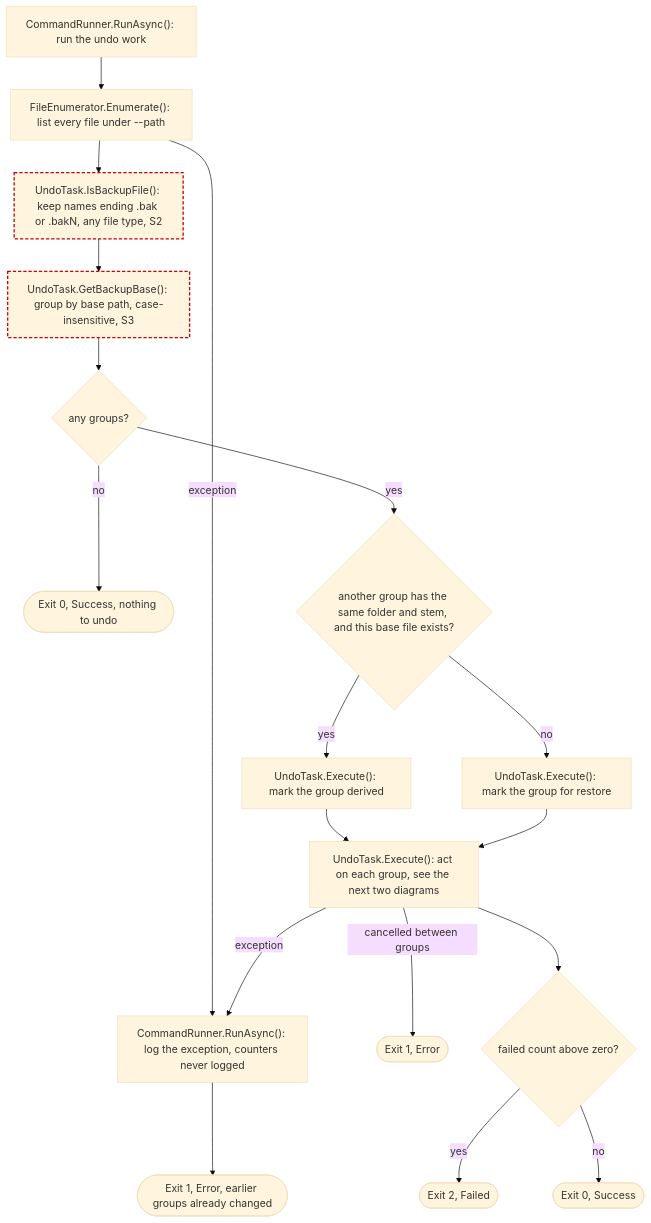
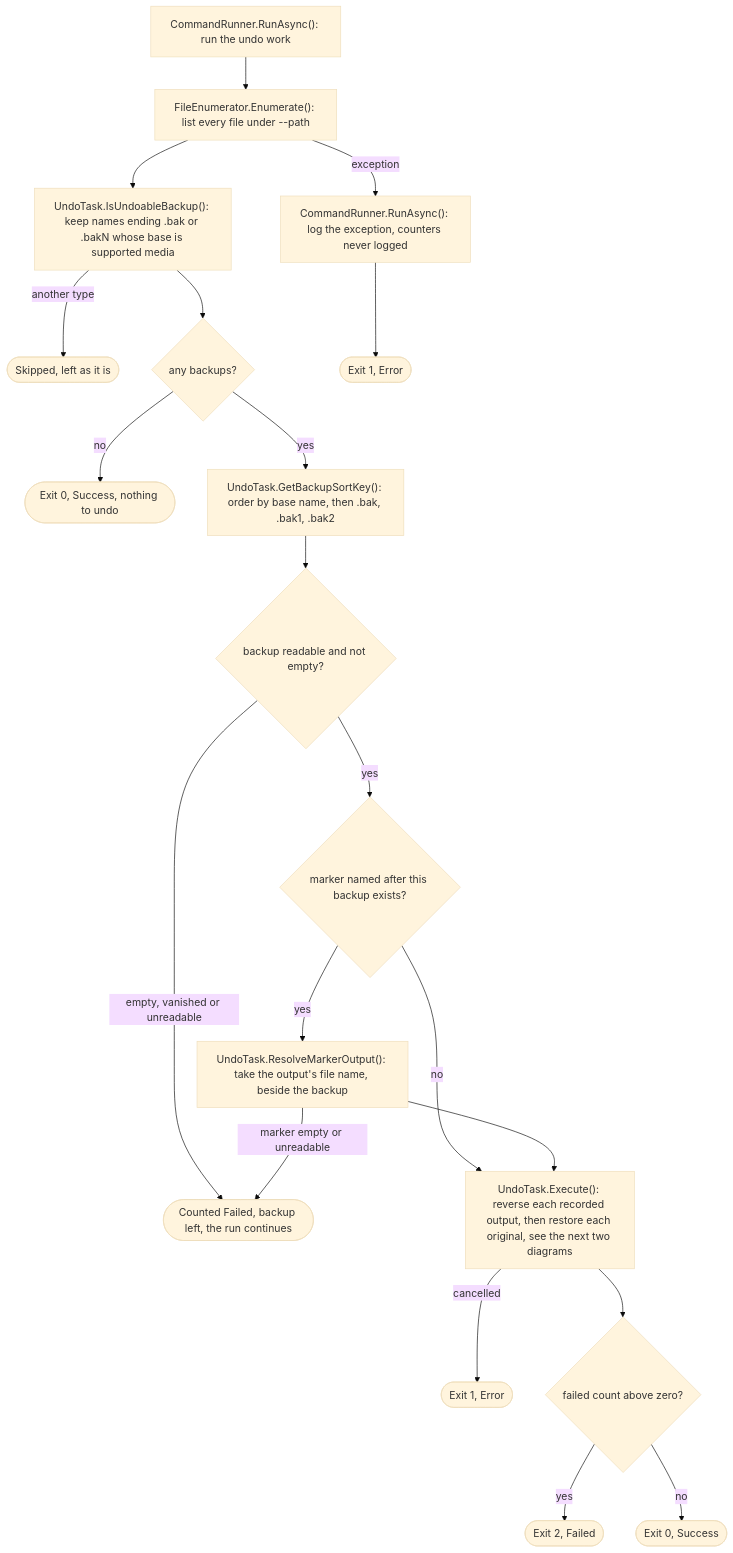
One commit to ptr727/PhotoCleaner changed diagram 19 of 23 in ARCHITECTURE.md. Above: the diagram before and after it, drawn with Mermaid (base theme). The commit also changed other lines of this file and 3 other files, not shown here.

First line of the commit message:
Undo Only What Process Recorded, and Never Delete an Original

````diff
--- a/ARCHITECTURE.md
+++ b/ARCHITECTURE.md
@@ -972,21 +972,22 @@
 ```mermaid
 flowchart TD
   U1["CommandRunner.RunAsync(): run the undo work"] --> U2["FileEnumerator.Enumerate(): list every file under --path"]
   U2 -->|"exception"| UE
-  U2 --> U3["UndoTask.IsBackupFile(): keep names ending .bak or .bakN, any file type, S2"]:::suspect
-  U3 --> U4["UndoTask.GetBackupBase(): group by base path, case-insensitive, S3"]:::suspect
-  U4 --> U5{"any groups?"}
+  U2 --> U3["UndoTask.IsUndoableBackup(): keep names ending .bak or .bakN whose base is supported media"]
+  U3 -->|"another type"| U4(["Skipped, left as it is"])
+  U3 --> U5{"any backups?"}
   U5 -->|"no"| U6(["Exit 0, Success, nothing to undo"])
-  U5 -->|"yes"| U7{"another group has the same folder and stem, and this base file exists?"}
-  U7 -->|"yes"| U8["UndoTask.Execute(): mark the group derived"]
-  U7 -->|"no"| U9["UndoTask.Execute(): mark the group for restore"]
-  U8 --> U10["UndoTask.Execute(): act on each group, see the next two diagrams"]
-  U9 --> U10
-  U10 -->|"cancelled between groups"| U11(["Exit 1, Error"])
-  U10 -->|"exception"| UE
-  U10 --> U12{"failed count above zero?"}
-  U12 -->|"yes"| U13(["Exit 2, Failed"])
-  U12 -->|"no"| U14(["Exit 0, Success"])
-  UE["CommandRunner.RunAsync(): log the exception, counters never logged"] --> U15(["Exit 1, Error, earlier groups already changed"])
-  classDef suspect stroke:#c00,stroke-width:2px,stroke-dasharray:5 3
+  U5 -->|"yes"| U7["UndoTask.GetBackupSortKey(): order by base name, then .bak, .bak1, .bak2"]
+  U7 --> U8{"backup readable and not empty?"}
+  U8 -->|"empty, vanished or unreadable"| U9(["Counted Failed, backup left, the run continues"])
+  U8 -->|"yes"| U10{"marker named after this backup exists?"}
+  U10 -->|"no"| U13
+  U10 -->|"yes"| U11["UndoTask.ResolveMarkerOutput(): take the output's file name, beside the backup"]
+  U11 -->|"marker empty or unreadable"| U9
+  U11 --> U13["UndoTask.Execute(): reverse each recorded output, then restore each original, see the next two diagrams"]
+  U13 -->|"cancelled"| U14(["Exit 1, Error"])
+  U13 --> U15{"failed count above zero?"}
+  U15 -->|"yes"| U16(["Exit 2, Failed"])
+  U15 -->|"no"| U17(["Exit 0, Success"])
+  UE["CommandRunner.RunAsync(): log the exception, counters never logged"] --> U18(["Exit 1, Error"])
 ```
````
